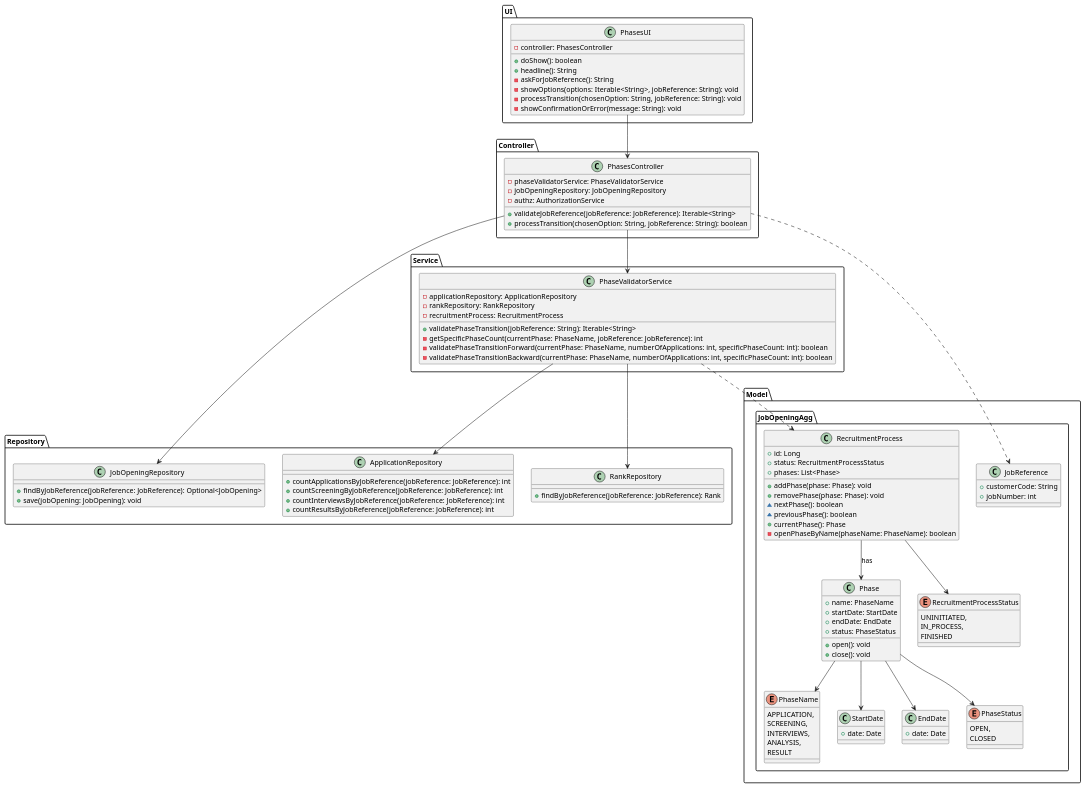
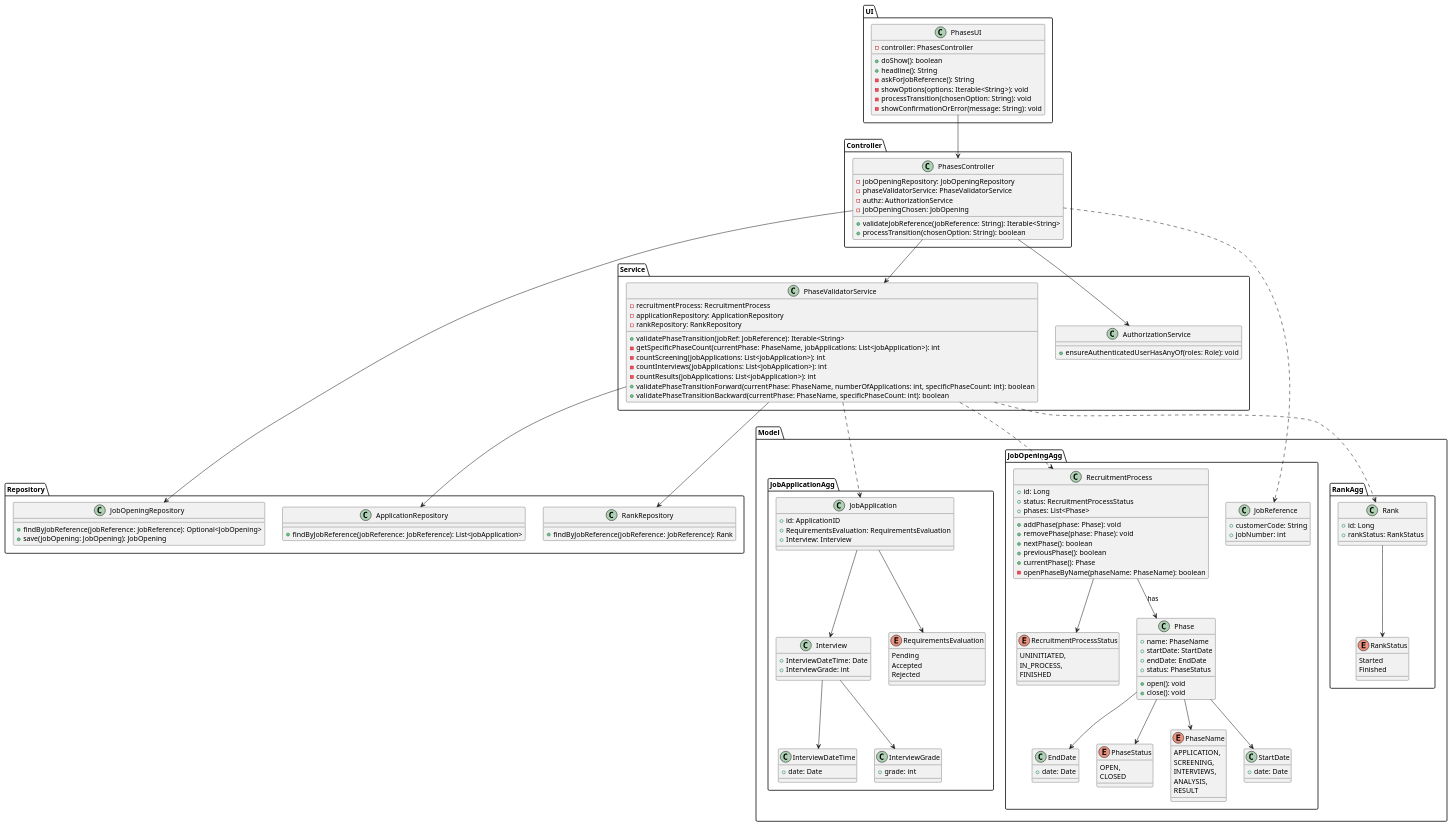
The diagram in docs/sprintC/US1010/03.design/puml/CD.puml (Mendoncaa/LAPR4), drawn with PlantUML before and after one commit. The commit also changed 4 other files, not shown here.

First line of the commit message:
#40 US1010 Diagrams and code implementation changes.

```diff
--- a/docs/sprintC/US1010/03.design/puml/CD.puml
+++ b/docs/sprintC/US1010/03.design/puml/CD.puml
@@ -1,129 +1,180 @@
 @startuml ClassDiagram
 
 package Controller {
     class PhasesController {
-        - phaseValidatorService: PhaseValidatorService
-        - jobOpeningRepository: JobOpeningRepository
-        - authz: AuthorizationService
-        + validateJobReference(jobReference: JobReference): Iterable<String>
-        + processTransition(chosenOption: String, jobReference: String): boolean
+            - jobOpeningRepository: JobOpeningRepository
+            - phaseValidatorService: PhaseValidatorService
+            - authz: AuthorizationService
+            - jobOpeningChosen: JobOpening
+            + validateJobReference(jobReference: String): Iterable<String>
+            + processTransition(chosenOption: String): boolean
     }
 }
 
 package Service {
     class PhaseValidatorService {
+        - recruitmentProcess: RecruitmentProcess
         - applicationRepository: ApplicationRepository
         - rankRepository: RankRepository
-        - recruitmentProcess: RecruitmentProcess
-        + validatePhaseTransition(jobReference: String): Iterable<String>
-        - getSpecificPhaseCount(currentPhase: PhaseName, jobReference: JobReference): int
-        - validatePhaseTransitionForward(currentPhase: PhaseName, numberOfApplications: int, specificPhaseCount: int): boolean
-        - validatePhaseTransitionBackward(currentPhase: PhaseName, numberOfApplications: int, specificPhaseCount: int): boolean
+        + validatePhaseTransition(jobRef: JobReference): Iterable<String>
+        - getSpecificPhaseCount(currentPhase: PhaseName, jobApplications: List<jobApplication>): int
+        - countScreening(jobApplications: List<jobApplication>): int
+        - countInterviews(jobApplications: List<jobApplication>): int
+        - countResults(jobApplications: List<jobApplication>): int
+        + validatePhaseTransitionForward(currentPhase: PhaseName, numberOfApplications: int, specificPhaseCount: int): boolean
+        + validatePhaseTransitionBackward(currentPhase: PhaseName, specificPhaseCount: int): boolean
+    }
+    class AuthorizationService {
+            + ensureAuthenticatedUserHasAnyOf(roles: Role): void
     }
 }
 
 package Repository {
-    class JobOpeningRepository {
-        + findByJobReference(jobReference: JobReference): Optional<JobOpening>
-        + save(jobOpening: JobOpening): void
+    class ApplicationRepository {
+        + findByJobReference(jobReference: JobReference): List<jobApplication>
     }
 
-    class ApplicationRepository {
-        + countApplicationsByJobReference(jobReference: JobReference): int
-        + countScreeningByJobReference(jobReference: JobReference): int
-        + countInterviewsByJobReference(jobReference: JobReference): int
-        + countResultsByJobReference(jobReference: JobReference): int
+    class JobOpeningRepository {
+            + findByJobReference(jobReference: JobReference): Optional<JobOpening>
+            + save(jobOpening: JobOpening): JobOpening
     }
 
     class RankRepository {
-        + findByJobReference(jobReference: JobReference): Rank
+            + findByJobReference(jobReference: JobReference): Rank
     }
 }
 
 package Model {
 
     package JobOpeningAgg {
 
         class JobReference {
             + customerCode: String
             + jobNumber: int
         }
 
         class RecruitmentProcess {
             + id: Long
             + status: RecruitmentProcessStatus
             + phases: List<Phase>
             + addPhase(phase: Phase): void
             + removePhase(phase: Phase): void
-            ~ nextPhase(): boolean
-            ~ previousPhase(): boolean
+            + nextPhase(): boolean
+            + previousPhase(): boolean
             + currentPhase(): Phase
             - openPhaseByName(phaseName: PhaseName): boolean
         }
 
         class Phase {
             + name: PhaseName
             + startDate: StartDate
             + endDate: EndDate
             + status: PhaseStatus
             + open(): void
             + close(): void
         }
 
         enum PhaseName {
             APPLICATION,
             SCREENING,
             INTERVIEWS,
             ANALYSIS,
             RESULT
         }
 
         class StartDate {
             + date: Date
         }
 
         class EndDate {
             + date: Date
         }
 
         enum PhaseStatus {
             OPEN,
             CLOSED
         }
 
         enum RecruitmentProcessStatus {
             UNINITIATED,
             IN_PROCESS,
             FINISHED
         }
     }
+    package JobApplicationAgg {
+        class JobApplication {
+            +id: ApplicationID
+            +RequirementsEvaluation: RequirementsEvaluation
+            +Interview: Interview
+        }
+
+        enum RequirementsEvaluation {
+            Pending
+            Accepted
+            Rejected
+        }
+
+        class Interview {
+            +InterviewDateTime: Date
+            +InterviewGrade: int
+        }
+
+        class InterviewDateTime {
+            +date: Date
+        }
+
+        class InterviewGrade {
+            +grade: int
+        }
+
+        JobApplication --> RequirementsEvaluation
+        JobApplication --> Interview
+        Interview --> InterviewDateTime
+        Interview --> InterviewGrade
+    }
+    package RankAgg {
+        class Rank {
+            +id: Long
+            +rankStatus: RankStatus
+        }
+
+        enum RankStatus {
+            Started
+            Finished
+        }
+
+        Rank --> RankStatus
+    }
 }
 
 package UI {
     class PhasesUI {
         - controller: PhasesController
         + doShow(): boolean
         + headline(): String
         - askForJobReference(): String
-        - showOptions(options: Iterable<String>, jobReference: String): void
-        - processTransition(chosenOption: String, jobReference: String): void
+        - showOptions(options: Iterable<String>): void
+        - processTransition(chosenOption: String): void
         - showConfirmationOrError(message: String): void
     }
 }
 
 PhasesController --> PhaseValidatorService
+PhasesController --> AuthorizationService
 PhasesController --> JobOpeningRepository
 PhasesController ..> JobReference
 PhaseValidatorService --> ApplicationRepository
 PhaseValidatorService ..> RecruitmentProcess
 PhaseValidatorService --> RankRepository
+PhaseValidatorService ..> Rank
+PhaseValidatorService ..> JobApplication
 RecruitmentProcess --> Phase : "has"
 Phase --> PhaseName
 Phase --> StartDate
 Phase --> EndDate
 Phase --> PhaseStatus
 RecruitmentProcess --> RecruitmentProcessStatus
 
 PhasesUI --> PhasesController
 
 @enduml
```
